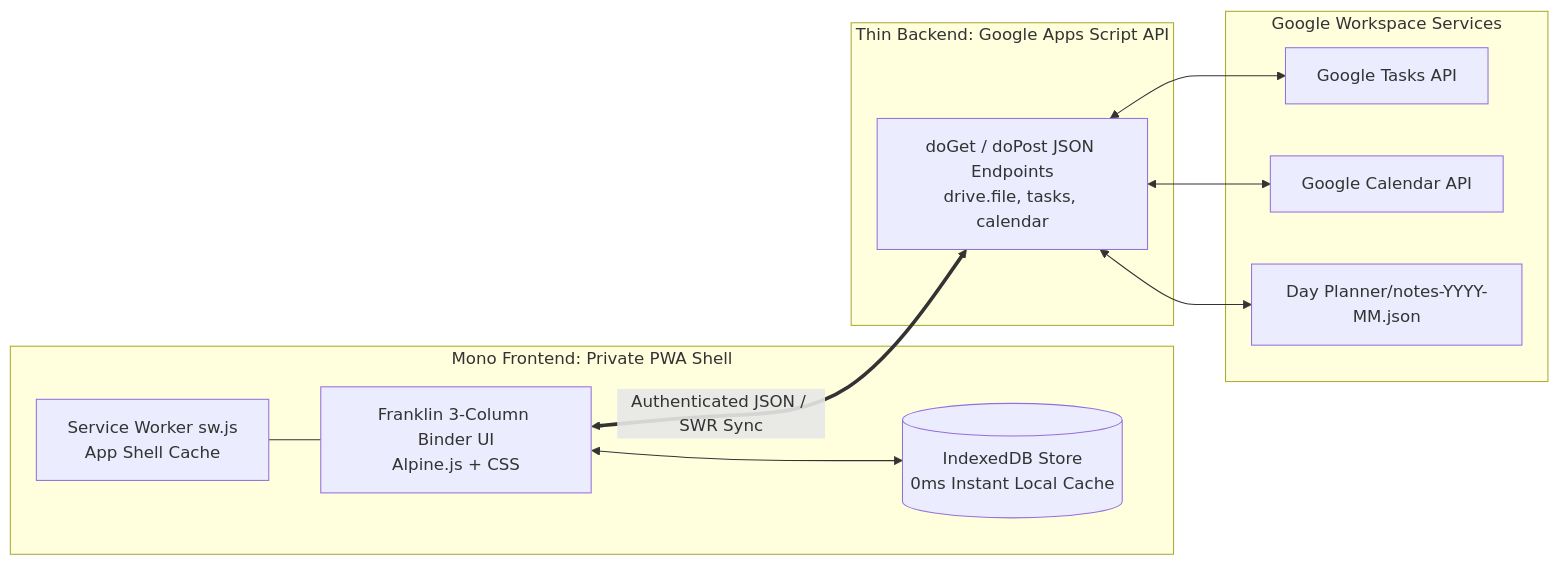
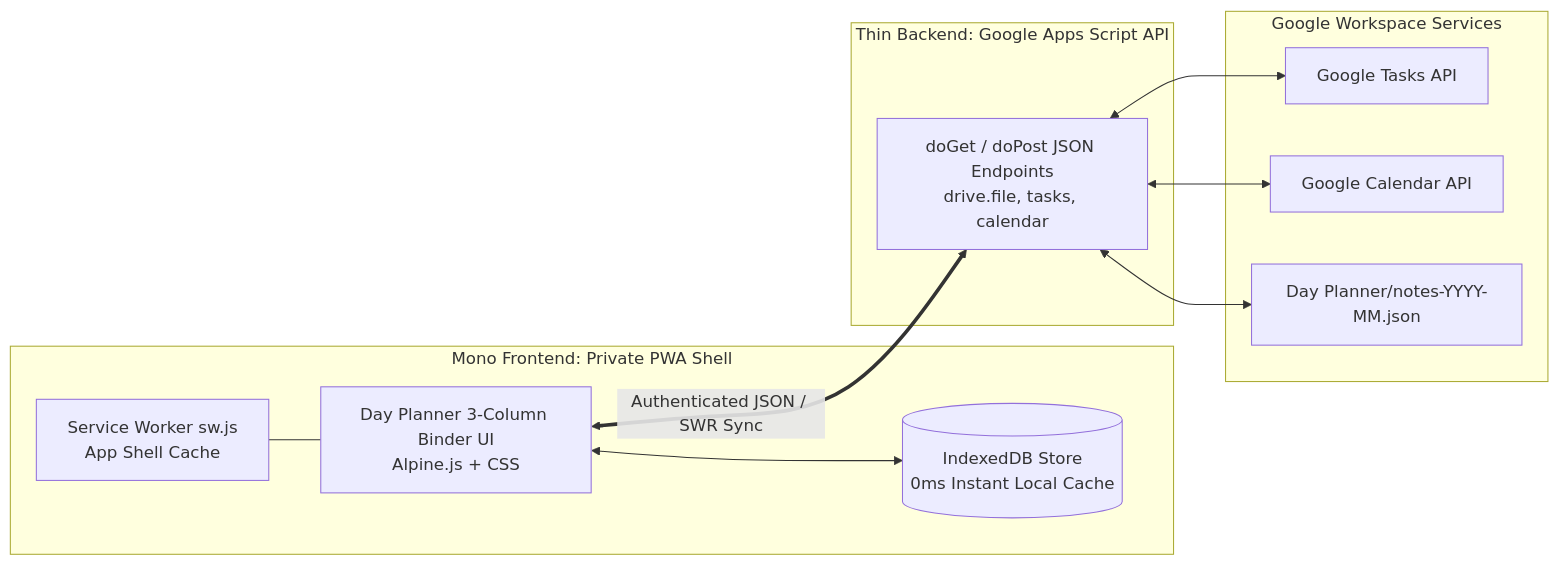
One commit to mhoffman02/day-planner changed the first of 2 diagrams in docs/hosting-options.md. Above: the diagram before and after it, drawn with Mermaid. The commit also changed 19 other files, not shown here.

````diff
--- a/docs/hosting-options.md
+++ b/docs/hosting-options.md
@@ -7,25 +7,25 @@
 ```mermaid
 graph LR
   subgraph FrontendShell [Mono Frontend: Private PWA Shell]
     SW[Service Worker sw.js<br/>App Shell Cache]
     IDB[(IndexedDB Store<br/>0ms Instant Local Cache)]
-    UI[Franklin 3-Column Binder UI<br/>Alpine.js + CSS]
+    UI[Day Planner 3-Column Binder UI<br/>Alpine.js + CSS]
   end
 
   subgraph ThinCloudAPI [Thin Backend: Google Apps Script API]
     APIEndpoint[doGet / doPost JSON Endpoints<br/>drive.file, tasks, calendar]
   end
 
   subgraph GSuiteData [Google Workspace Services]
     GTasks[Google Tasks API]
     GCal[Google Calendar API]
     DriveJSON[Day Planner/notes-YYYY-MM.json]
   end
 
   UI <--> IDB
   SW --- UI
   UI <==>|Authenticated JSON / SWR Sync| APIEndpoint
   APIEndpoint <--> GTasks
   APIEndpoint <--> GCal
   APIEndpoint <--> DriveJSON
 ```
````
